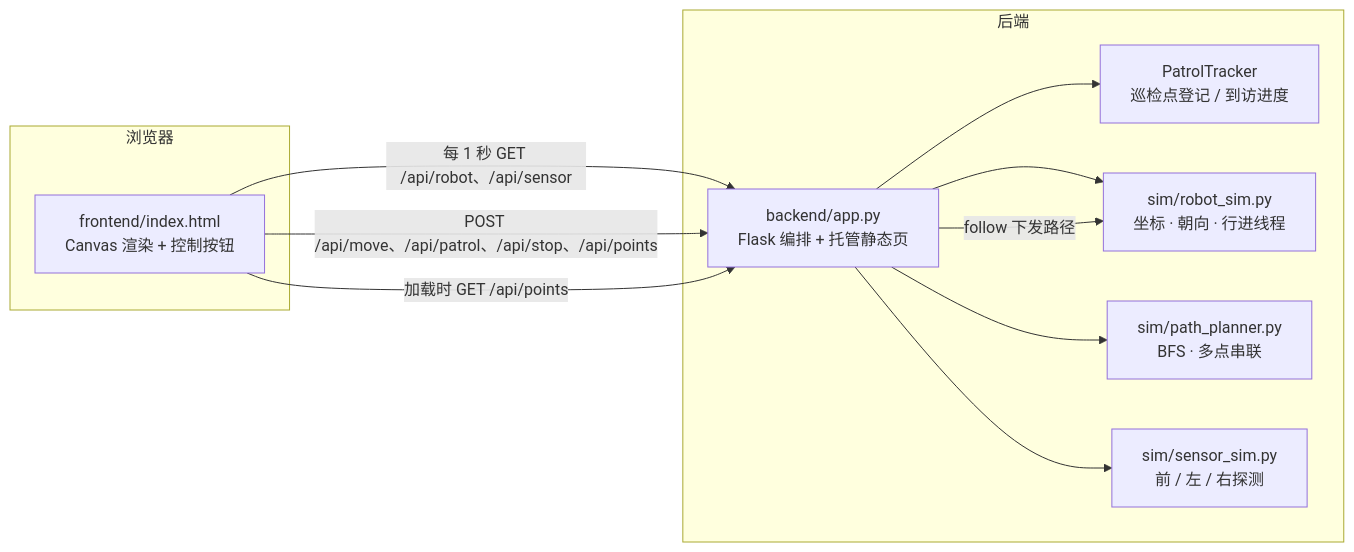
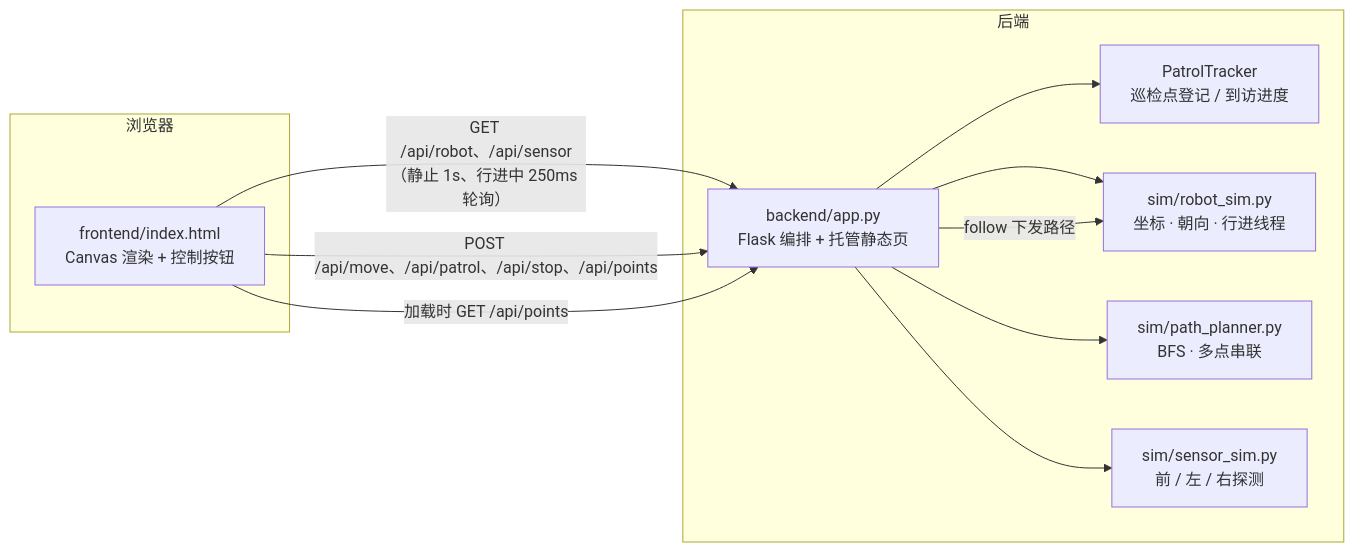
The diagram in docs/03_项目架构与接口.md (ruisen77-gif/patrol-sim-std), drawn with Mermaid before and after one commit. The commit also changed other lines of this file and 6 other files, not shown here.

````diff
--- a/docs/03_项目架构与接口.md
+++ b/docs/03_项目架构与接口.md
@@ -22,21 +22,21 @@
 ```mermaid
 graph LR
     subgraph 浏览器
         UI[frontend/index.html<br/>Canvas 渲染 + 控制按钮]
     end
     subgraph 后端
         APP[backend/app.py<br/>Flask 编排 + 托管静态页]
         TRACK[PatrolTracker<br/>巡检点登记 / 到访进度]
         ROBOT[sim/robot_sim.py<br/>坐标 · 朝向 · 行进线程]
         PLAN[sim/path_planner.py<br/>BFS · 多点串联]
         SENSOR[sim/sensor_sim.py<br/>前 / 左 / 右探测]
     end
-    UI -->|每 1 秒 GET /api/robot、/api/sensor| APP
+    UI -->|GET /api/robot、/api/sensor（静止 1s、行进中 250ms 轮询）| APP
     UI -->|POST /api/move、/api/patrol、/api/stop、/api/points| APP
     UI -->|加载时 GET /api/points| APP
     APP --> TRACK
     APP --> ROBOT
     APP --> PLAN
     APP --> SENSOR
     APP -->|follow 下发路径| ROBOT
 ```
````
